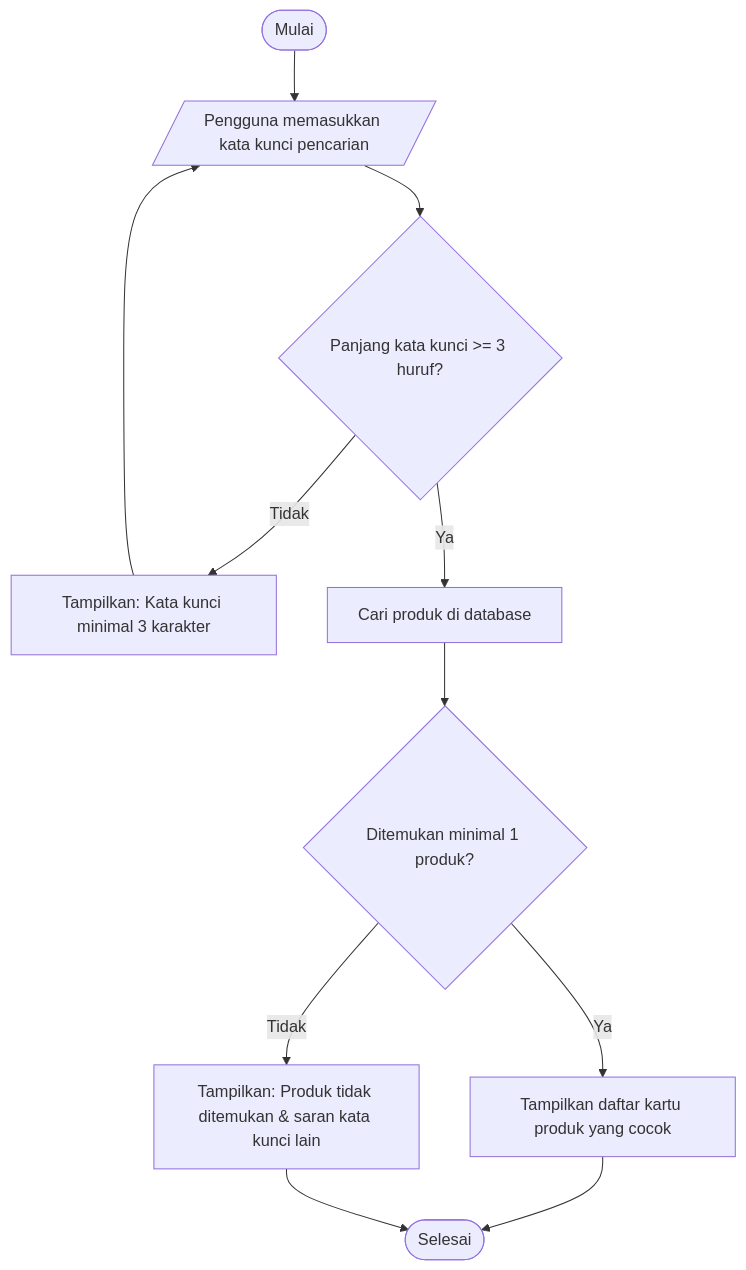
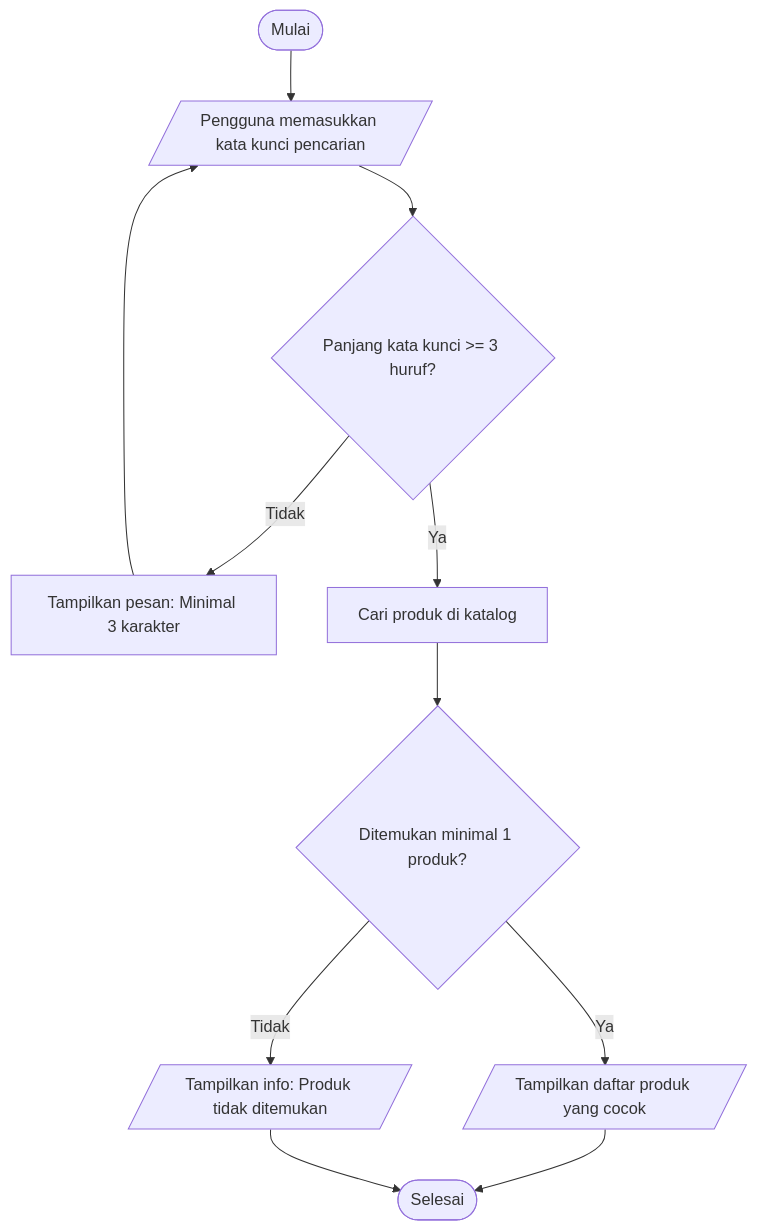
The diagram in 1-modul-pra-coding-bulan1/2-Computational-Thinking/02c-flowchart.md (iqbaljlldn/modul_12_bulan), drawn with Mermaid before and after one commit. The commit also changed other lines of this file and 32 other files, not shown here.

````diff
--- a/1-modul-pra-coding-bulan1/2-Computational-Thinking/02c-flowchart.md
+++ b/1-modul-pra-coding-bulan1/2-Computational-Thinking/02c-flowchart.md
@@ -58,17 +62,17 @@
 ```mermaid
 flowchart TD
     Start([Mulai]) --> InputKeyword[/Pengguna memasukkan kata kunci pencarian/]
     InputKeyword --> CekPanjang{Panjang kata kunci >= 3 huruf?}
     
-    CekPanjang -- Tidak --> AlertSingkat[Tampilkan: Kata kunci minimal 3 karakter]
+    CekPanjang -- Tidak --> AlertSingkat[Tampilkan pesan: Minimal 3 karakter]
     AlertSingkat --> InputKeyword
     
-    CekPanjang -- Ya --> QueryData[Cari produk di database]
+    CekPanjang -- Ya --> QueryData[Cari produk di katalog]
     QueryData --> CekHasil{Ditemukan minimal 1 produk?}
     
-    CekHasil -- Ya --> RenderList[Tampilkan daftar kartu produk yang cocok]
+    CekHasil -- Ya --> RenderList[/Tampilkan daftar produk yang cocok/]
     RenderList --> End([Selesai])
     
-    CekHasil -- Tidak --> RenderKosong[Tampilkan: Produk tidak ditemukan & saran kata kunci lain]
+    CekHasil -- Tidak --> RenderKosong[/Tampilkan info: Produk tidak ditemukan/]
     RenderKosong --> End
 ```
````
